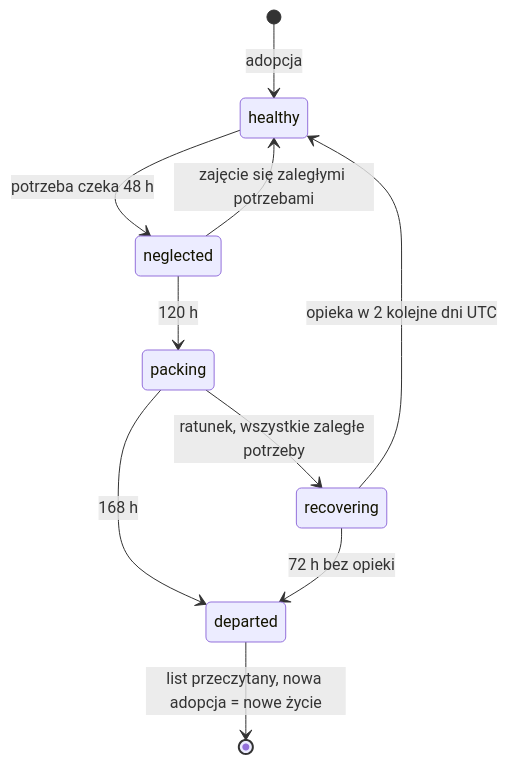
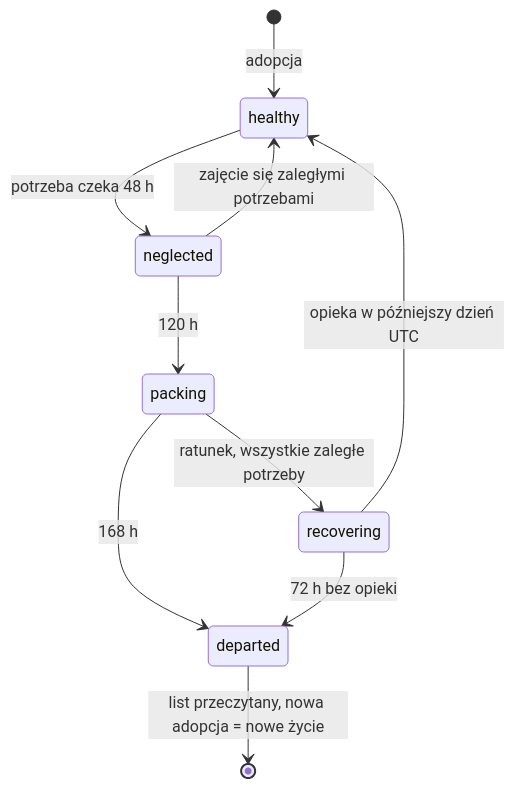
Before and after one commit to PepecoinHub/pepecoinhub.github.io: the first of 5 diagrams in docs/design/pepegochi-v2/TECH_PLAN.md, drawn with Mermaid. The commit also changed other lines of this file, not shown here.

````diff
--- a/docs/design/pepegochi-v2/TECH_PLAN.md
+++ b/docs/design/pepegochi-v2/TECH_PLAN.md
@@ -185,12 +186,12 @@
 ```mermaid
 stateDiagram-v2
   [*] --> healthy: adopcja
   healthy --> neglected: potrzeba czeka 48 h
   neglected --> healthy: zajęcie się zaległymi potrzebami
   neglected --> packing: 120 h
   packing --> recovering: ratunek, wszystkie zaległe potrzeby
   packing --> departed: 168 h
-  recovering --> healthy: opieka w 2 kolejne dni UTC
+  recovering --> healthy: opieka w późniejszy dzień UTC
   recovering --> departed: 72 h bez opieki
   departed --> [*]: list przeczytany, nowa adopcja = nowe życie
 ```
````
